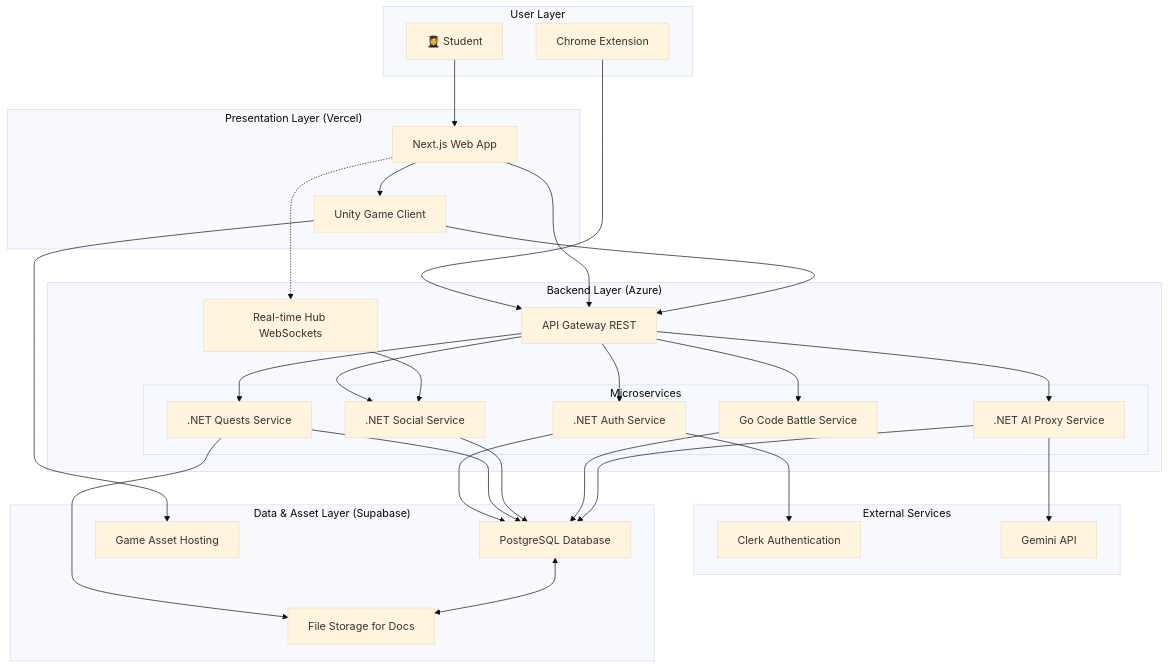
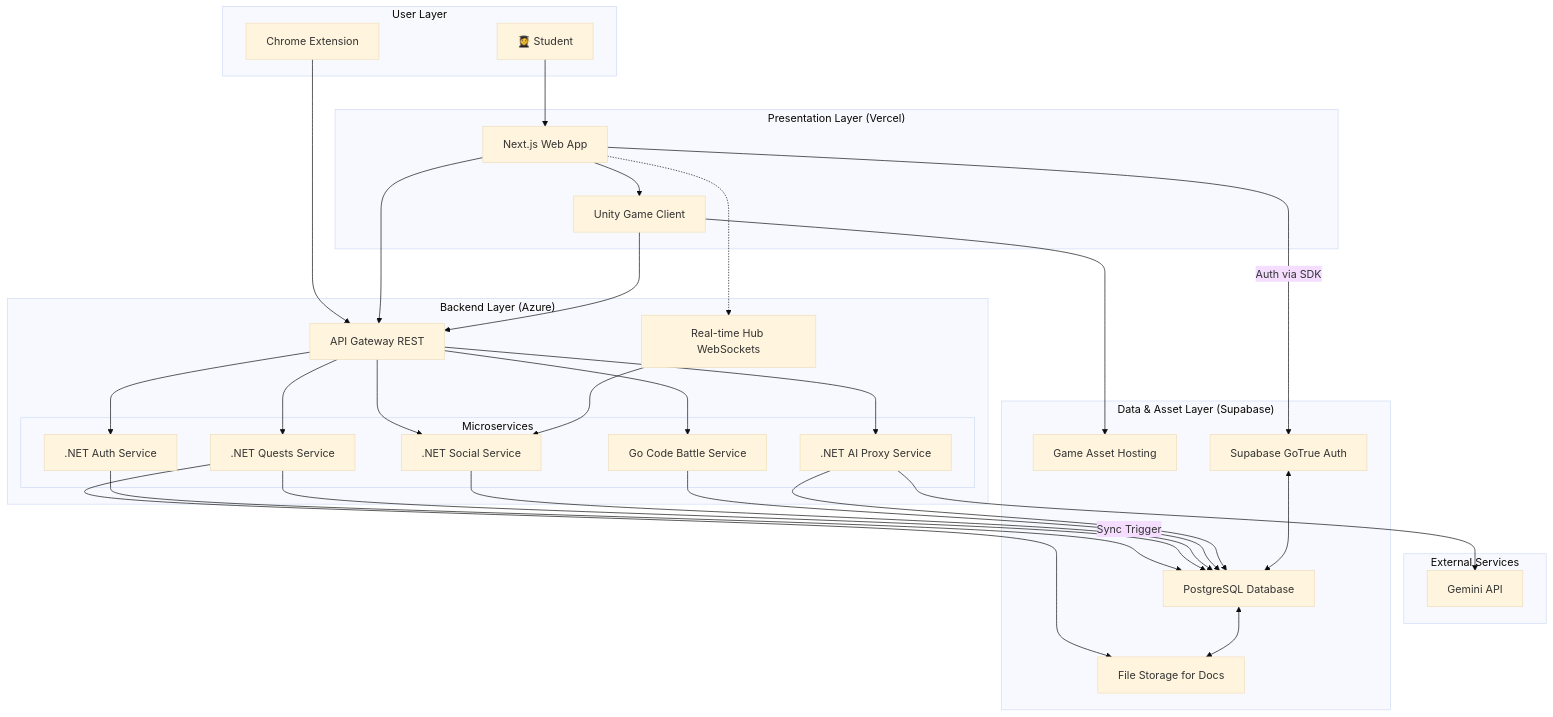
The diagram in docs/fullstack-architecture/high-level-architecture.md (FA25SE050-RogueLearn/RogueLearn.BMAD.Documentation), drawn with Mermaid (base theme) before and after one commit. The commit also changed other lines of this file and 17 other files, not shown here.

Commit message:
Update to change clerk to supabase auth

````diff
--- a/docs/fullstack-architecture/high-level-architecture.md
+++ b/docs/fullstack-architecture/high-level-architecture.md
@@ -38,68 +37,71 @@
 ```mermaid
 graph TD
     subgraph "User Layer"
         User[👩‍🎓 Student]
         BrowserExtension[Chrome Extension]
     end
 
     subgraph "Presentation Layer (Vercel)"
         Frontend[Next.js Web App]
         UnityClient[Unity Game Client]
         Frontend --> UnityClient
     end
 
     subgraph "External Services"
-        Clerk[Clerk Authentication]
         Gemini[Gemini API]
     end
 
     subgraph "Backend Layer (Azure)"
         APIGateway[API Gateway REST]
         RealtimeHub[Real-time Hub WebSockets]
         
         subgraph "Microservices"
             AuthService[.NET Auth Service]
             QuestService[.NET Quests Service]
             SocialService[.NET Social Service]
             CodeBattleService[Go Code Battle Service]
             AIProxyService[.NET AI Proxy Service]
         end
     end
 
     subgraph "Data & Asset Layer (Supabase)"
         Database[PostgreSQL Database]
         FileStorage[File Storage for Docs]
         GameAssetHosting[Game Asset Hosting]
+        SupabaseAuth[Supabase GoTrue Auth]
     end
 
     User --> Frontend
+
     BrowserExtension --> APIGateway
 
+    Frontend -- Auth via SDK --> SupabaseAuth
     Frontend --> APIGateway
     Frontend -.-> RealtimeHub
+
     UnityClient --> GameAssetHosting
     UnityClient --> APIGateway
     
     APIGateway --> AuthService
     APIGateway --> QuestService
     APIGateway --> SocialService
     APIGateway --> CodeBattleService
     APIGateway --> AIProxyService
     
     RealtimeHub --> SocialService
 
-    AuthService --> Clerk
-    AuthService --> Database
+    AuthService -- Sync Trigger --> Database
 
     QuestService --> Database
     QuestService --> FileStorage
     
     SocialService --> Database
     
     CodeBattleService --> Database
     
     AIProxyService --> Gemini
     AIProxyService --> Database
 
     Database <--> FileStorage
+    SupabaseAuth <--> Database
 ```
````
